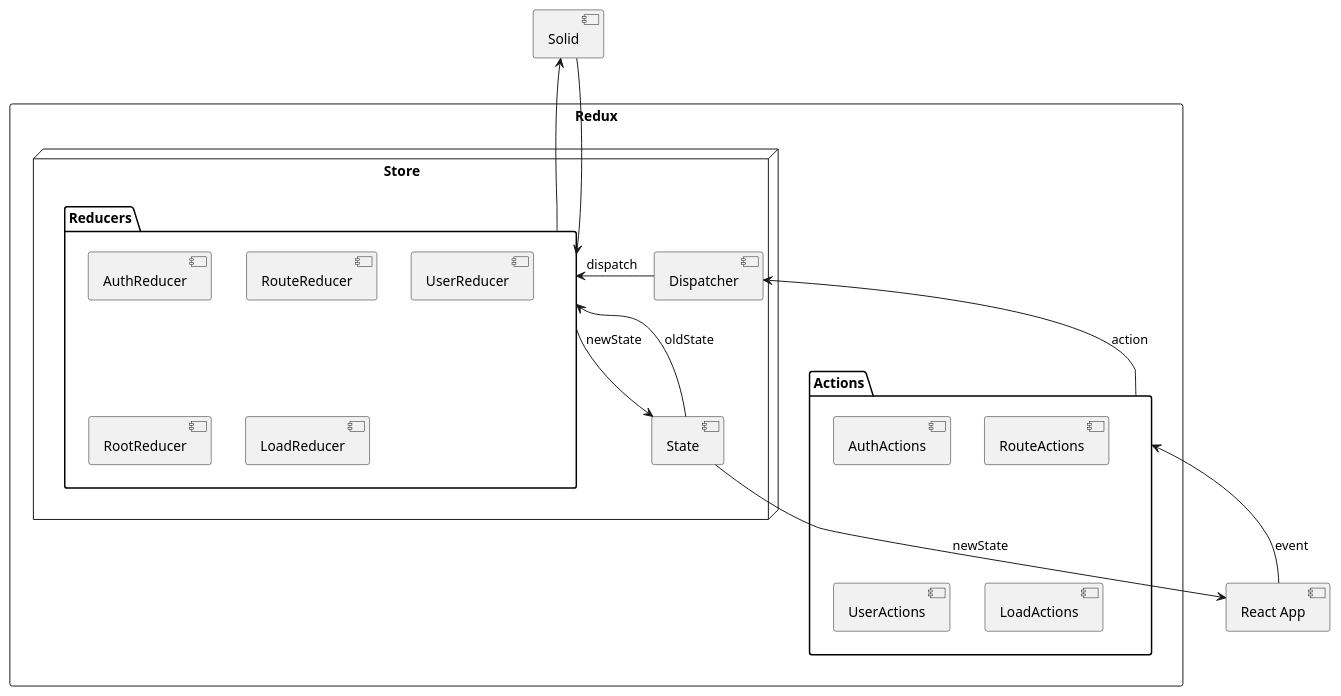
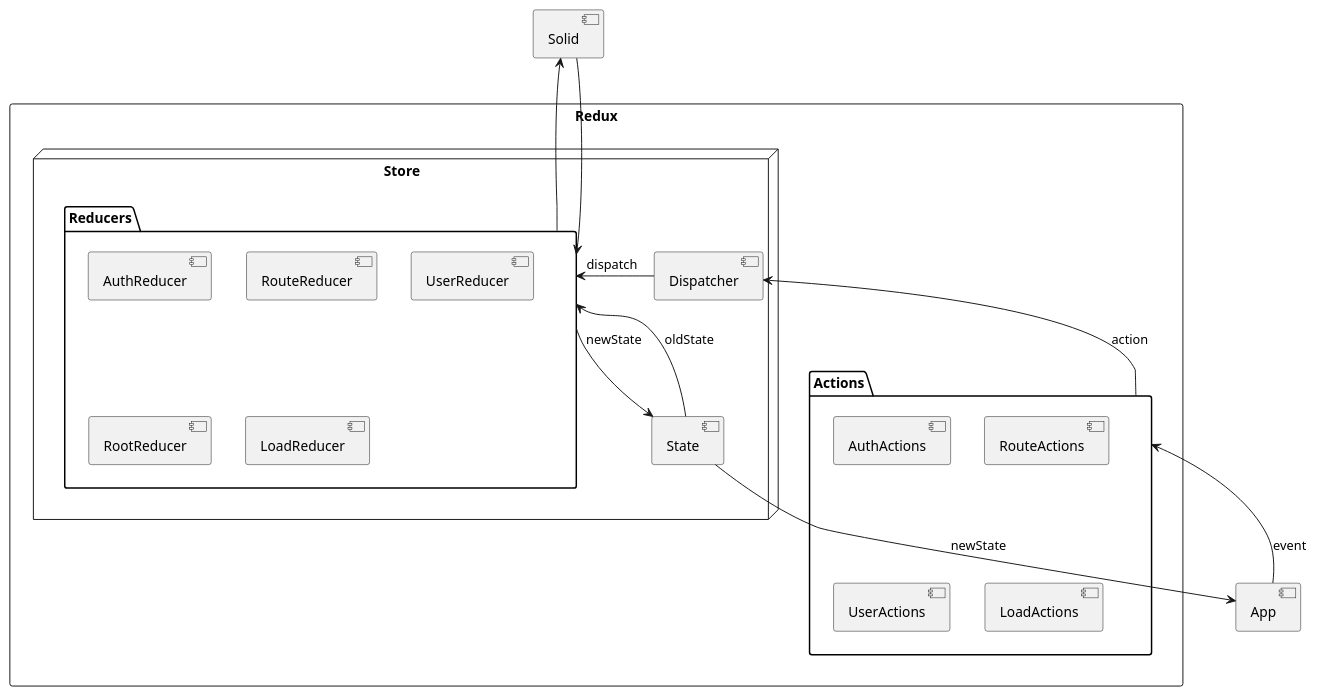
The diagram in src/docs/diagrams/05-02_whiteboxRedux.puml (Arquisoft/viade_en1b), drawn with PlantUML before and after one commit. The commit also changed 4 other files, not shown here.

```diff
--- a/src/docs/diagrams/05-02_whiteboxRedux.puml
+++ b/src/docs/diagrams/05-02_whiteboxRedux.puml
@@ -1,46 +1,46 @@
 @startuml
 
 rectangle Redux {
     node "Store" {
         [Dispatcher] as dispatcher
         folder "Reducers" as reducers {
             [AuthReducer] as authReducer
             [RouteReducer] as routeReducer
             [UserReducer] as userReducer
             [RootReducer] as rootReducer
             [LoadReducer] as loadReducer
         }
         [State] as state
     }
 
     folder "Actions" as actions {
     [AuthActions] as authActions
     [RouteActions] as routeActions
     [UserActions] as userActions
     [LoadActions] as loadActions
 }
 }
 
 
 
-[React App] as app 
+[App] as app 
 
 app -up-> actions :event
 actions -up-> dispatcher :action
 dispatcher -> reducers :dispatch
 state -> reducers :oldState
 reducers -up-> [Solid]
 [Solid] -down-> reducers
 reducers -down-> state :newState
 state -down-> app :newState
 
 
 
 
 
 
 
 
 
 
 @enduml
```
